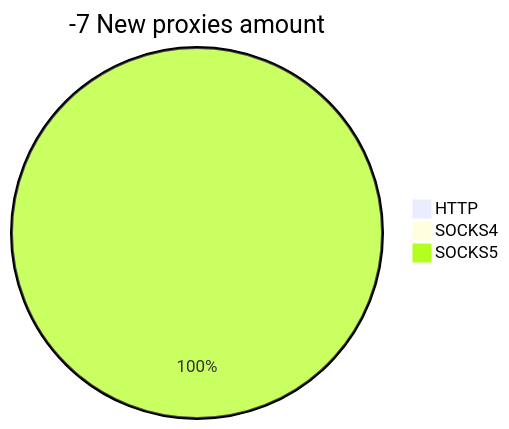
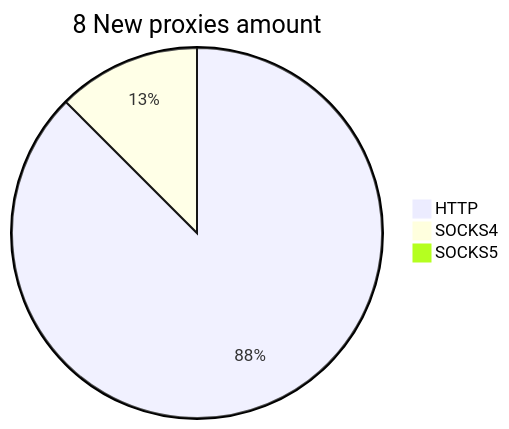
Before and after one commit to cutipu/proxylist: the second of 2 diagrams in README.md, drawn with Mermaid. The commit also changed other lines of this file, not shown here.

````diff
--- a/README.md
+++ b/README.md
@@ -10,6 +10,6 @@
 ```mermaid
-pie title -7 New proxies amount
-    "HTTP" : 0
-    "SOCKS4" : 0
-    "SOCKS5" : 1
+pie title 8 New proxies amount
+    "HTTP" : 7
+    "SOCKS4" : 1
+    "SOCKS5" : 0
 ```
````
